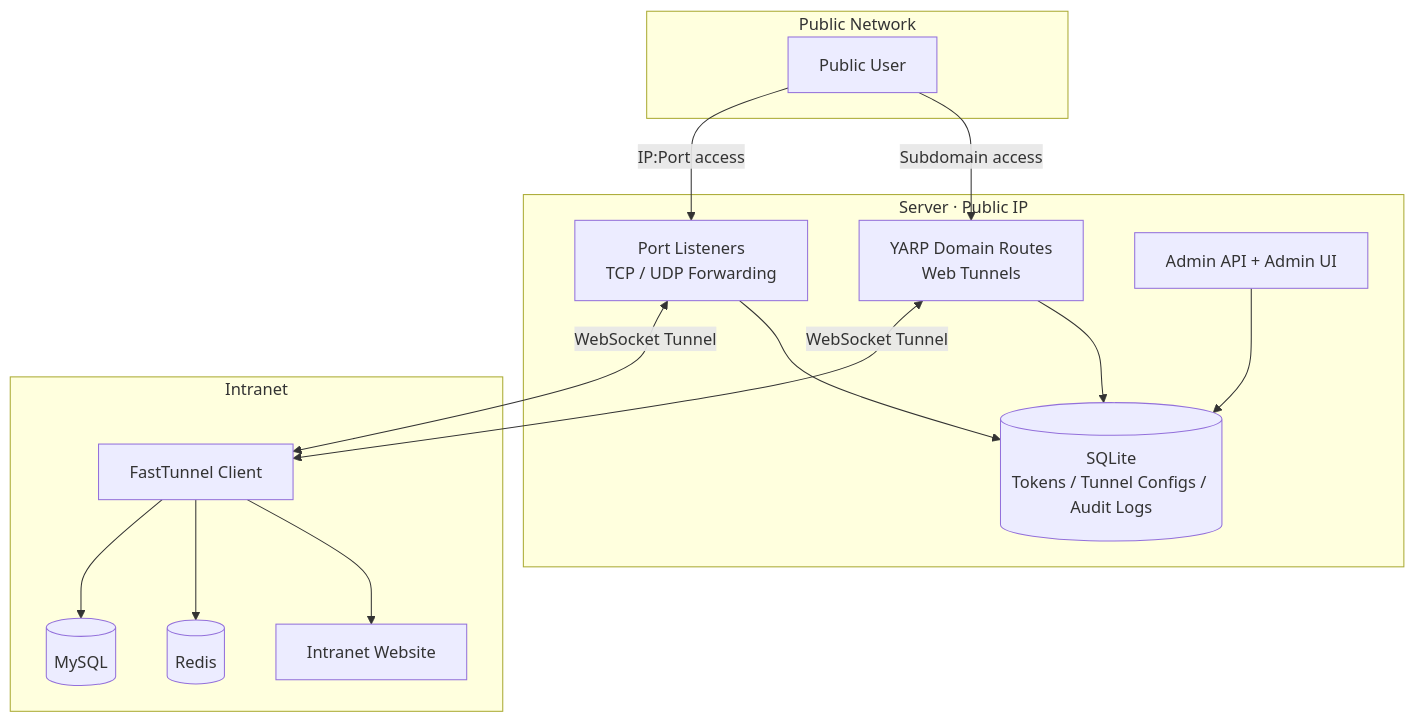
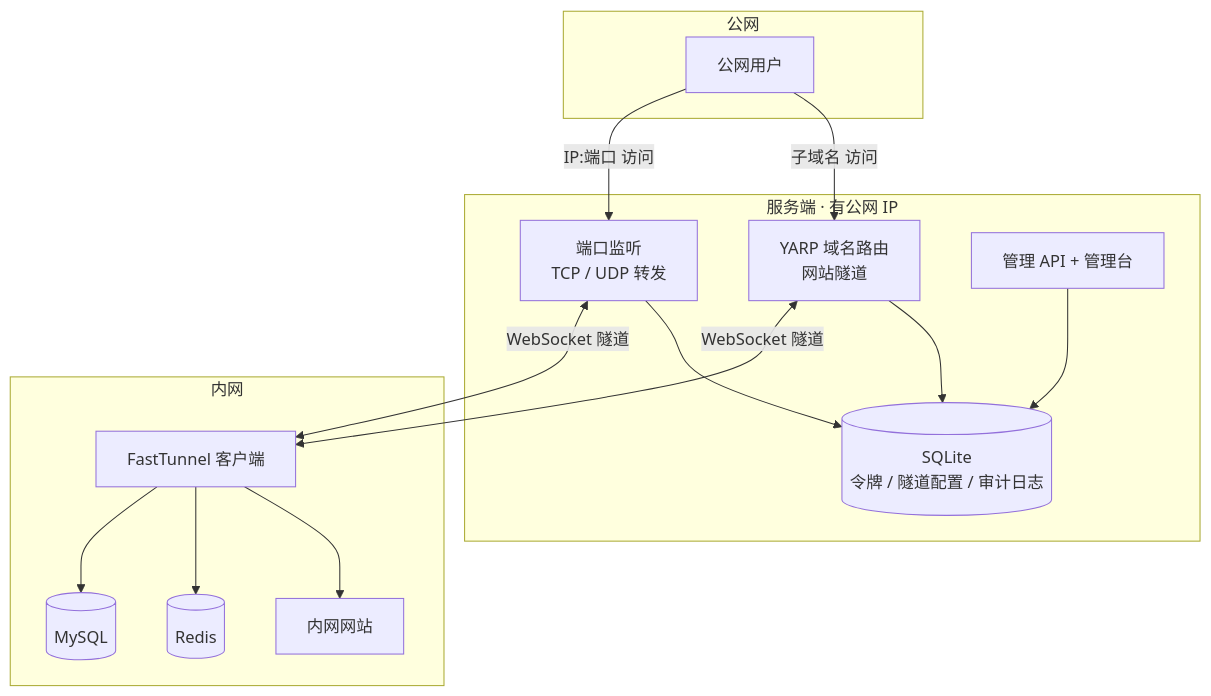
One commit to bambuo/FastTunnel changed the first of 2 diagrams in README.md. Above: the diagram before and after it, drawn with Mermaid. The commit also changed other lines of this file and 4 other files, not shown here.

````diff
--- a/README.md
+++ b/README.md
@@ -41,31 +41,31 @@
 ```mermaid
 flowchart TB
-    subgraph Public[Public Network]
-        User[Public User]
+    subgraph Public[公网]
+        User[公网用户]
     end
 
-    subgraph Server[Server · Public IP]
-        Listener[Port Listeners<br/>TCP / UDP Forwarding]
-        Route[YARP Domain Routes<br/>Web Tunnels]
-        API[Admin API + Admin UI]
-        DB[(SQLite<br/>Tokens / Tunnel Configs / Audit Logs)]
+    subgraph Server[服务端 · 有公网 IP]
+        Listener[端口监听<br/>TCP / UDP 转发]
+        Route[YARP 域名路由<br/>网站隧道]
+        API[管理 API + 管理台]
+        DB[(SQLite<br/>令牌 / 隧道配置 / 审计日志)]
     end
 
-    subgraph Intranet[Intranet]
-        Client[FastTunnel Client]
+    subgraph Intranet[内网]
+        Client[FastTunnel 客户端]
         MySQL[(MySQL)]
         Redis[(Redis)]
-        Web[Intranet Website]
+        Web[内网网站]
     end
 
-    User -->|IP:Port access| Listener
-    User -->|Subdomain access| Route
-    Listener <-->|WebSocket Tunnel| Client
-    Route <-->|WebSocket Tunnel| Client
+    User -->|IP:端口 访问| Listener
+    User -->|子域名 访问| Route
+    Listener <-->|WebSocket 隧道| Client
+    Route <-->|WebSocket 隧道| Client
     Client --> MySQL
     Client --> Redis
     Client --> Web
     API --> DB
     Listener --> DB
     Route --> DB
 ```
````
